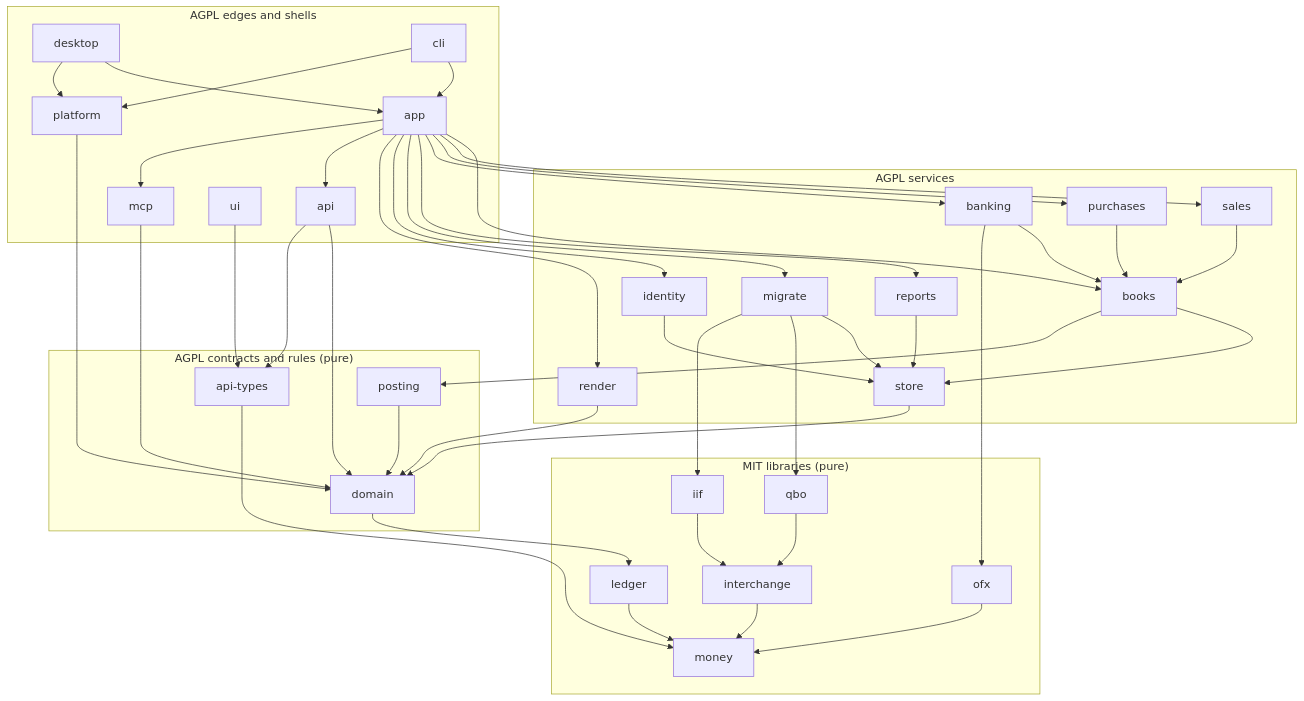
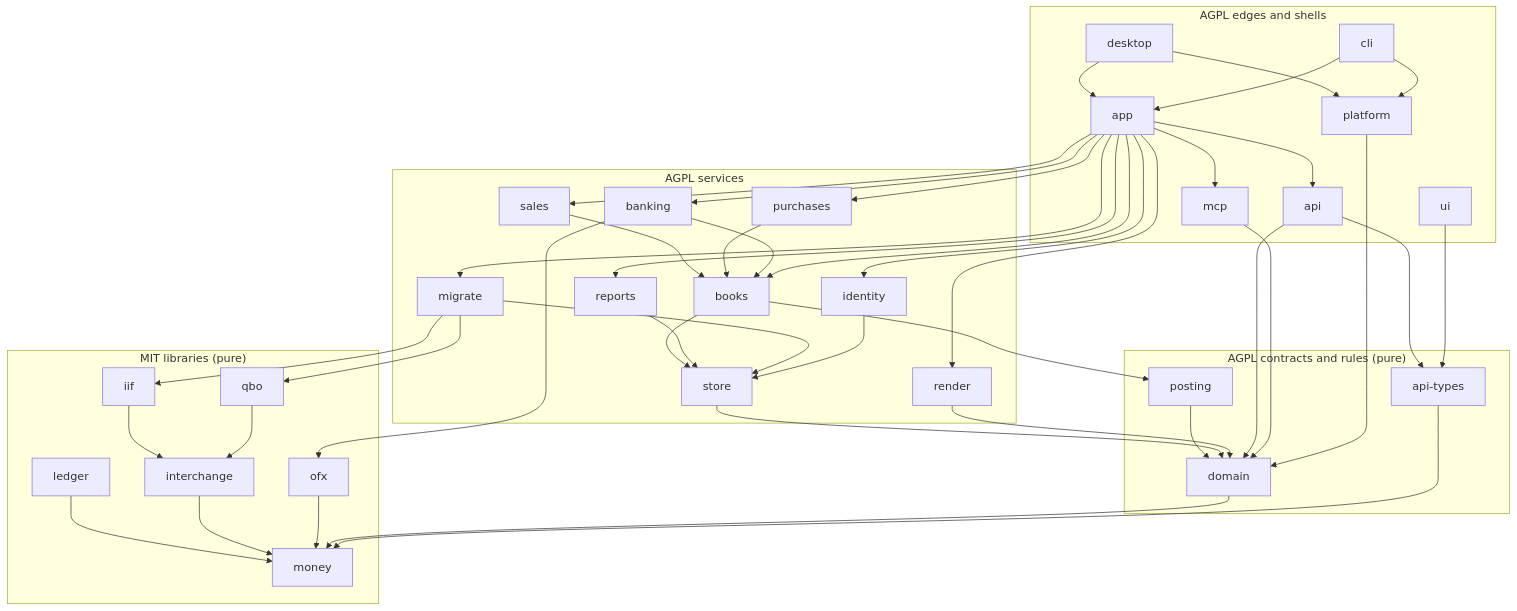
Before and after one commit to S0r81/bookscraft: the first of 6 diagrams in docs/architecture/ARCHITECTURE.md, drawn with Mermaid. The commit also changed other lines of this file and 8 other files, not shown here.

````diff
--- a/docs/architecture/ARCHITECTURE.md
+++ b/docs/architecture/ARCHITECTURE.md
@@ -58,76 +58,76 @@
 ```mermaid
 flowchart TB
   subgraph MIT["MIT libraries (pure)"]
     money
     ledger
     interchange
     iif
     ofx
     qbo
   end
   subgraph CORE["AGPL contracts and rules (pure)"]
     domain
     posting
     apitypes["api-types"]
   end
   subgraph SVC["AGPL services"]
     store
     books
     sales
     purchases
     banking
     reports
     migrate
     identity
     render
   end
   subgraph EDGE["AGPL edges and shells"]
     api
     mcp
     app
     ui
     platform
     desktop
     cli
   end
   ledger --> money
   interchange --> money
   iif --> interchange
   ofx --> money
   qbo --> interchange
-  domain --> ledger
+  domain --> money
   posting --> domain
   apitypes --> money
   store --> domain
   books --> store
   books --> posting
   sales --> books
   purchases --> books
   banking --> books
   banking --> ofx
   reports --> store
   migrate --> store
   migrate --> qbo
   migrate --> iif
   identity --> store
   render --> domain
   api --> domain
   api --> apitypes
   mcp --> domain
   app --> books
   app --> sales
   app --> purchases
   app --> banking
   app --> reports
   app --> migrate
   app --> identity
   app --> render
   app --> api
   app --> mcp
   ui --> apitypes
   platform --> domain
   desktop --> app
   desktop --> platform
   cli --> app
   cli --> platform
 ```
````
